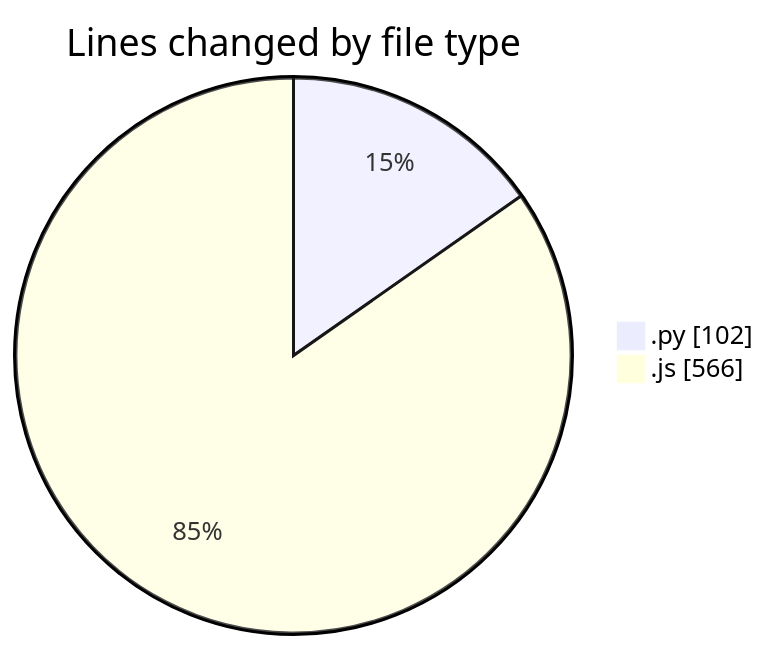
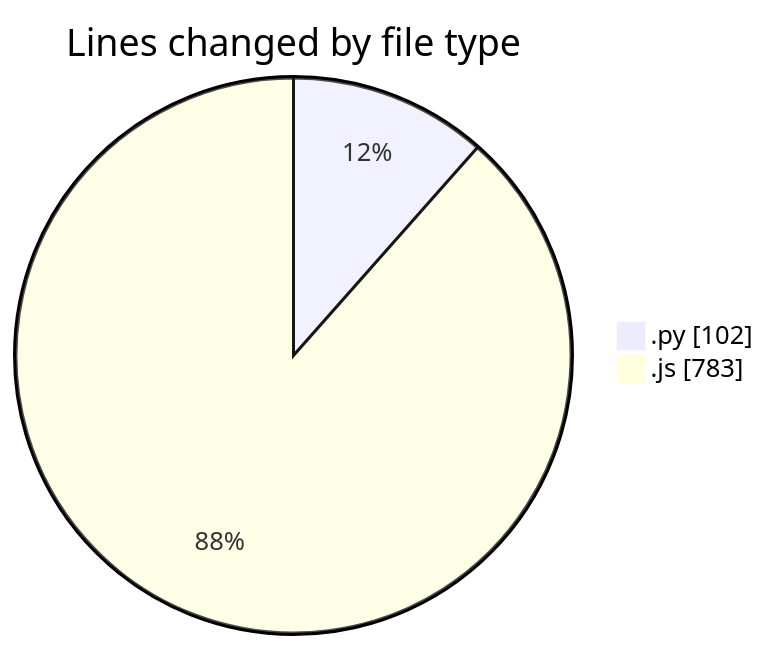
One commit to nxtqubesakshisongat/code-tracking changed the first of 2 diagrams in 2025-04-12/nxtqube_webapp/README.md. Above: the diagram before and after it, drawn with Mermaid. The commit also changed other lines of this file and 1 other file, not shown here.

````diff
--- a/2025-04-12/nxtqube_webapp/README.md
+++ b/2025-04-12/nxtqube_webapp/README.md
@@ -22,6 +22,6 @@
 ```mermaid
 pie showData
 title Lines changed by file type
 ".py" : 102
-".js" : 566
+".js" : 783
 ```
````
